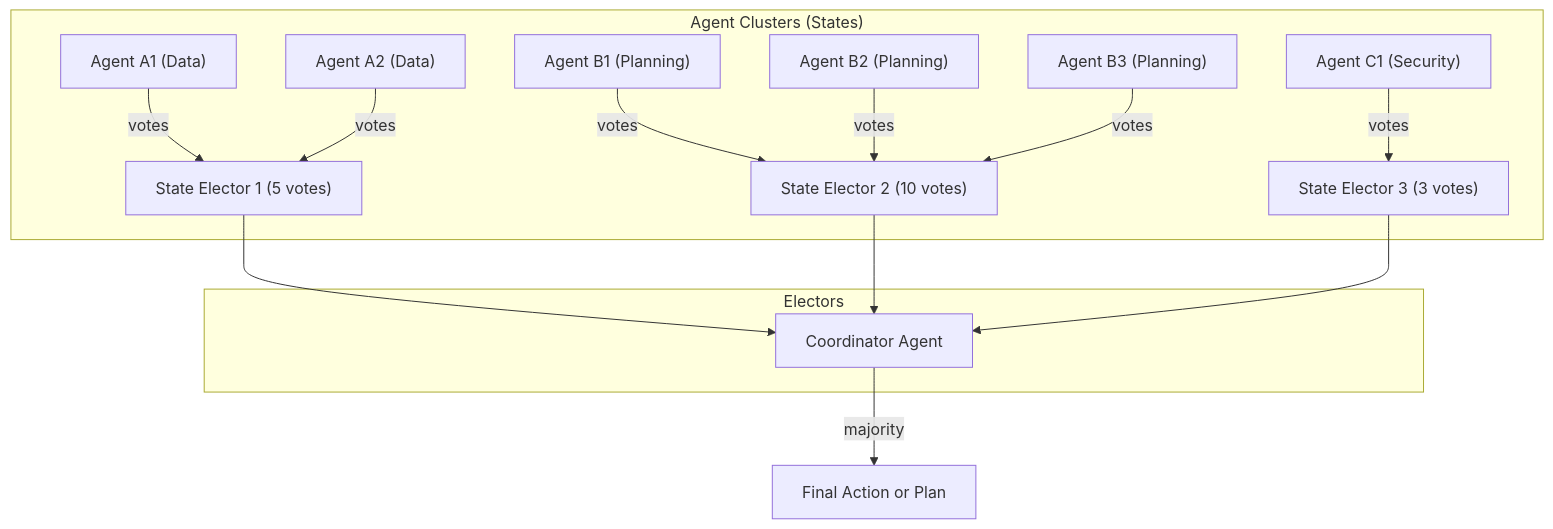
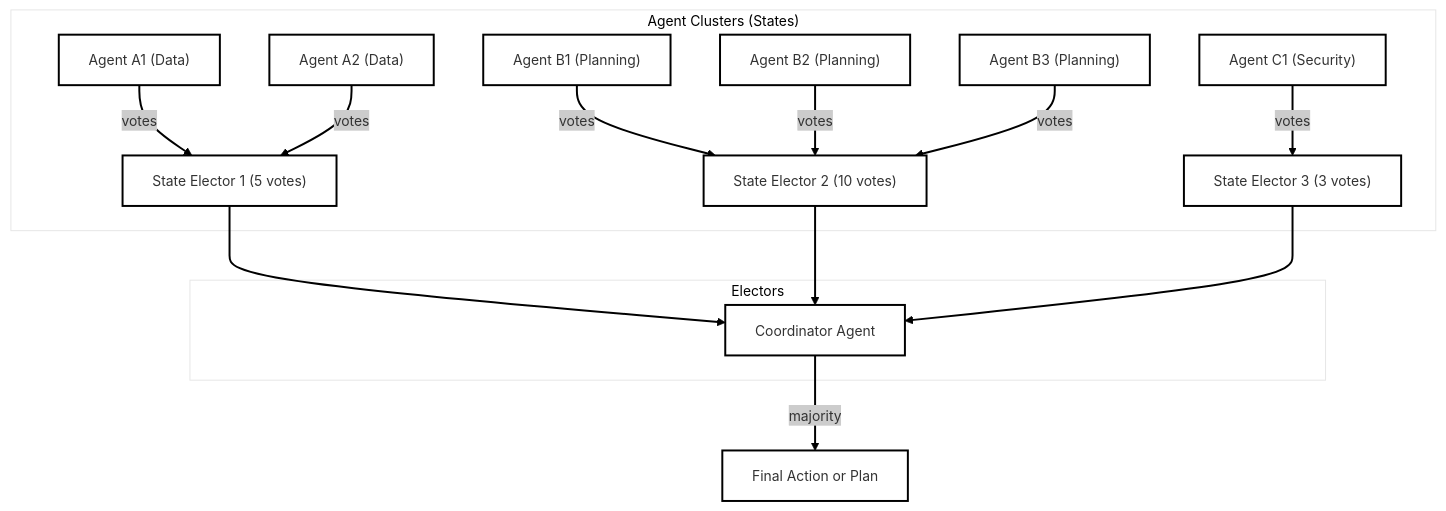
Before and after one commit to maxonary/electoral-a2a: the diagram in README.md, drawn with Mermaid.

Commit message:
feat: Mermaid graph neo theme

````diff
--- a/README.md
+++ b/README.md
@@ -14,19 +14,23 @@
 ```mermaid
+---
+config:
+  theme: neo
+---
 graph TD
   subgraph "Agent Clusters (States)"
     A1["Agent A1 (Data)"] -->|votes| S1["State Elector 1 (5 votes)"]
     A2["Agent A2 (Data)"] -->|votes| S1
     B1["Agent B1 (Planning)"] -->|votes| S2["State Elector 2 (10 votes)"]
     B2["Agent B2 (Planning)"] -->|votes| S2
     B3["Agent B3 (Planning)"] -->|votes| S2
     C1["Agent C1 (Security)"] -->|votes| S3["State Elector 3 (3 votes)"]
   end
 
   subgraph "Electors"
     S1 --> Coordinator["Coordinator Agent"]
     S2 --> Coordinator
     S3 --> Coordinator
   end
 
   Coordinator -->|majority| Decision["Final Action or Plan"]
 ```
````
